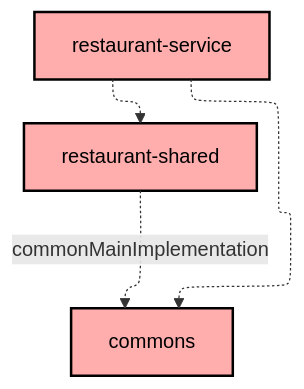
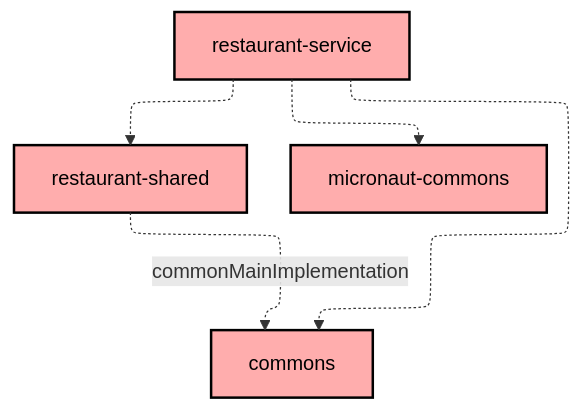
One commit to Norby99/munchies changed the diagram in restaurant-service/README.md. Above: the diagram before and after it, drawn with Mermaid. The commit also changed 5 other files, not shown here.

````diff
--- a/restaurant-service/README.md
+++ b/restaurant-service/README.md
@@ -6,18 +6,20 @@
 ```mermaid
 ---
 config:
   layout: elk
   elk:
     nodePlacementStrategy: SIMPLE
 ---
 graph TB
   :restaurant-shared[restaurant-shared]:::unknown
   :restaurant-service[restaurant-service]:::unknown
+  :micronaut-commons[micronaut-commons]:::unknown
   :commons[commons]:::unknown
 
   :restaurant-service -.-> :commons
+  :restaurant-service -.-> :micronaut-commons
   :restaurant-service -.-> :restaurant-shared
   :restaurant-shared -.->|commonMainImplementation| :commons
 
 classDef unknown fill:#FFADAD,stroke:#000,stroke-width:2px,color:#000;
 ```
````
